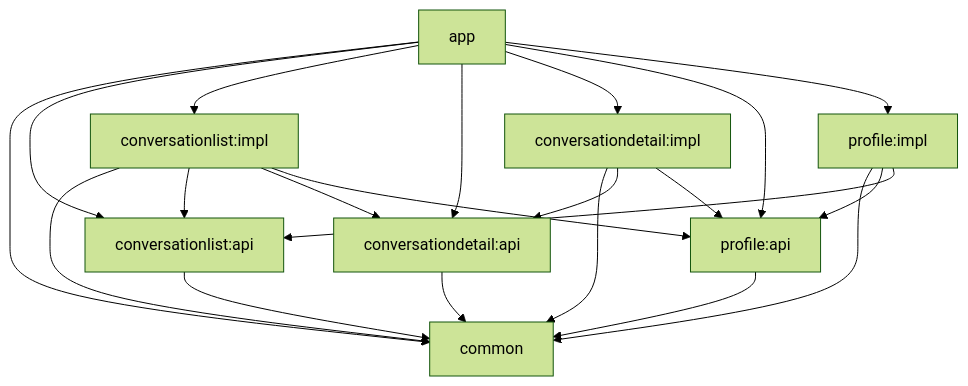
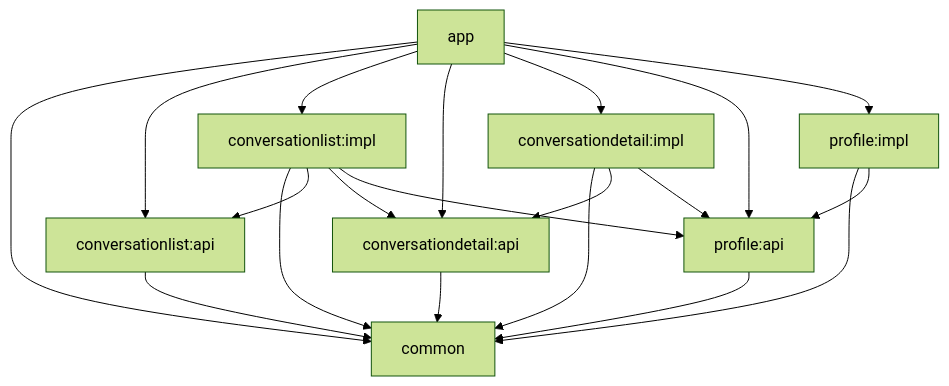
One commit to AlexTrotsenko/nav3-recipes changed the diagram in modular_hilt/README.md. Above: the diagram before and after it, drawn with Mermaid (forest theme). The commit also changed other lines of this file and 24 other files, not shown here.

````diff
--- a/modular_hilt/README.md
+++ b/modular_hilt/README.md
@@ -24,23 +24,22 @@
 ```mermaid
 flowchart TD
     App[app] --> Common[common]
     App --> LA[conversationlist:api]
     App --> LI[conversationlist:impl]
     App --> DA[conversationdetail:api]
     App --> DI[conversationdetail:impl]
     App --> PA[profile:api]
     App --> PI[profile:impl]
     LA --> Common
     DA --> Common
     PA --> Common
     LI --> Common
     LI --> LA
     LI --> DA
     LI --> PA
     DI --> Common
     DI --> DA
     DI --> PA
     PI --> Common
     PI --> PA
-    PI --> LA
 ```
````
